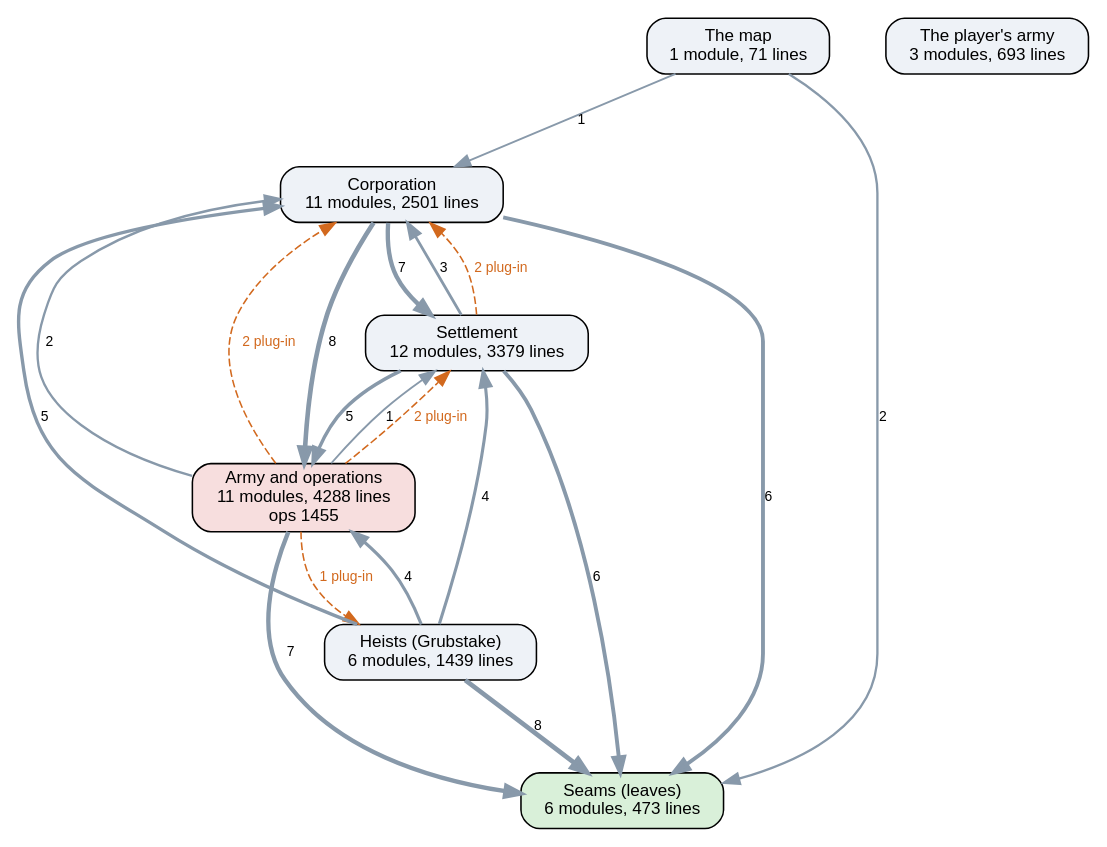
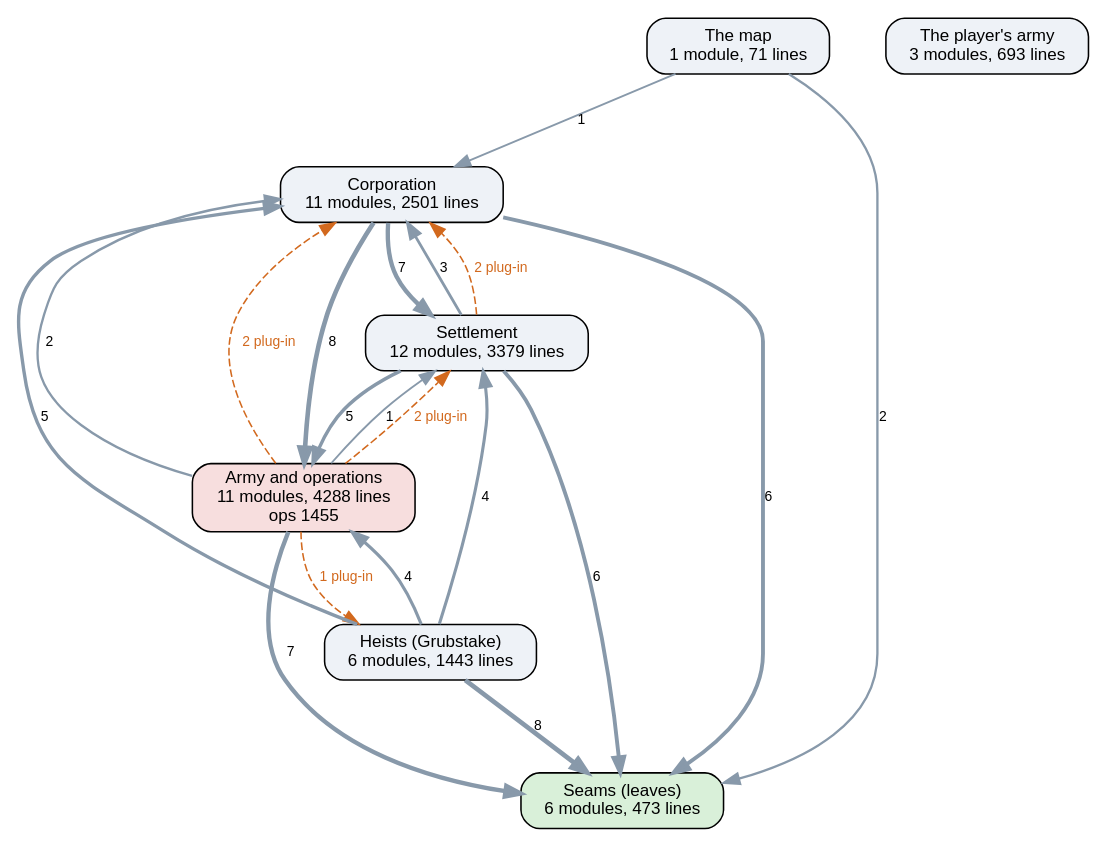
The diagram in docs/ai-layers.dot (kinelhu/landing-party), drawn with Graphviz before and after one commit. The commit also changed 6 other files, not shown here.

```diff
--- a/docs/ai-layers.dot
+++ b/docs/ai-layers.dot
@@ -1,31 +1,31 @@
 digraph layers {
   graph [rankdir=TB, fontname="Helvetica", nodesep=0.5, ranksep=0.7];
   node [shape=box, style="rounded,filled", fontname="Helvetica", fontsize=11, fillcolor="#eef2f7"];
   edge [color="#8899aa", fontname="Helvetica", fontsize=9];
   "Seams (leaves)" [label="Seams (leaves)\n6 modules, 473 lines", fillcolor="#d9f0d9"];
   "Corporation" [label="Corporation\n11 modules, 2501 lines", fillcolor="#eef2f7"];
   "Settlement" [label="Settlement\n12 modules, 3379 lines", fillcolor="#eef2f7"];
   "Army and operations" [label="Army and operations\n11 modules, 4288 lines\nops 1455", fillcolor="#f7dede"];
-  "Heists (Grubstake)" [label="Heists (Grubstake)\n6 modules, 1439 lines", fillcolor="#eef2f7"];
+  "Heists (Grubstake)" [label="Heists (Grubstake)\n6 modules, 1443 lines", fillcolor="#eef2f7"];
   "The map" [label="The map\n1 module, 71 lines", fillcolor="#eef2f7"];
   "The player's army" [label="The player's army\n3 modules, 693 lines", fillcolor="#eef2f7"];
   "Army and operations" -> "Corporation" [label="2", penwidth=1.5];
   "Army and operations" -> "Seams (leaves)" [label="7", penwidth=2.8];
   "Army and operations" -> "Settlement" [label="1", penwidth=1.2];
   "Corporation" -> "Army and operations" [label="8", penwidth=3.0];
   "Corporation" -> "Seams (leaves)" [label="6", penwidth=2.5];
   "Corporation" -> "Settlement" [label="7", penwidth=2.8];
   "Heists (Grubstake)" -> "Army and operations" [label="4", penwidth=2.0];
   "Heists (Grubstake)" -> "Corporation" [label="5", penwidth=2.2];
   "Heists (Grubstake)" -> "Seams (leaves)" [label="8", penwidth=3.0];
   "Heists (Grubstake)" -> "Settlement" [label="4", penwidth=2.0];
   "Settlement" -> "Army and operations" [label="5", penwidth=2.2];
   "Settlement" -> "Corporation" [label="3", penwidth=1.8];
   "Settlement" -> "Seams (leaves)" [label="6", penwidth=2.5];
   "The map" -> "Corporation" [label="1", penwidth=1.2];
   "The map" -> "Seams (leaves)" [label="2", penwidth=1.5];
   "Army and operations" -> "Corporation" [style=dashed, color="#d2691e", fontcolor="#d2691e", label="2 plug-in"];
   "Army and operations" -> "Heists (Grubstake)" [style=dashed, color="#d2691e", fontcolor="#d2691e", label="1 plug-in"];
   "Army and operations" -> "Settlement" [style=dashed, color="#d2691e", fontcolor="#d2691e", label="2 plug-in"];
   "Settlement" -> "Corporation" [style=dashed, color="#d2691e", fontcolor="#d2691e", label="2 plug-in"];
 }
```
